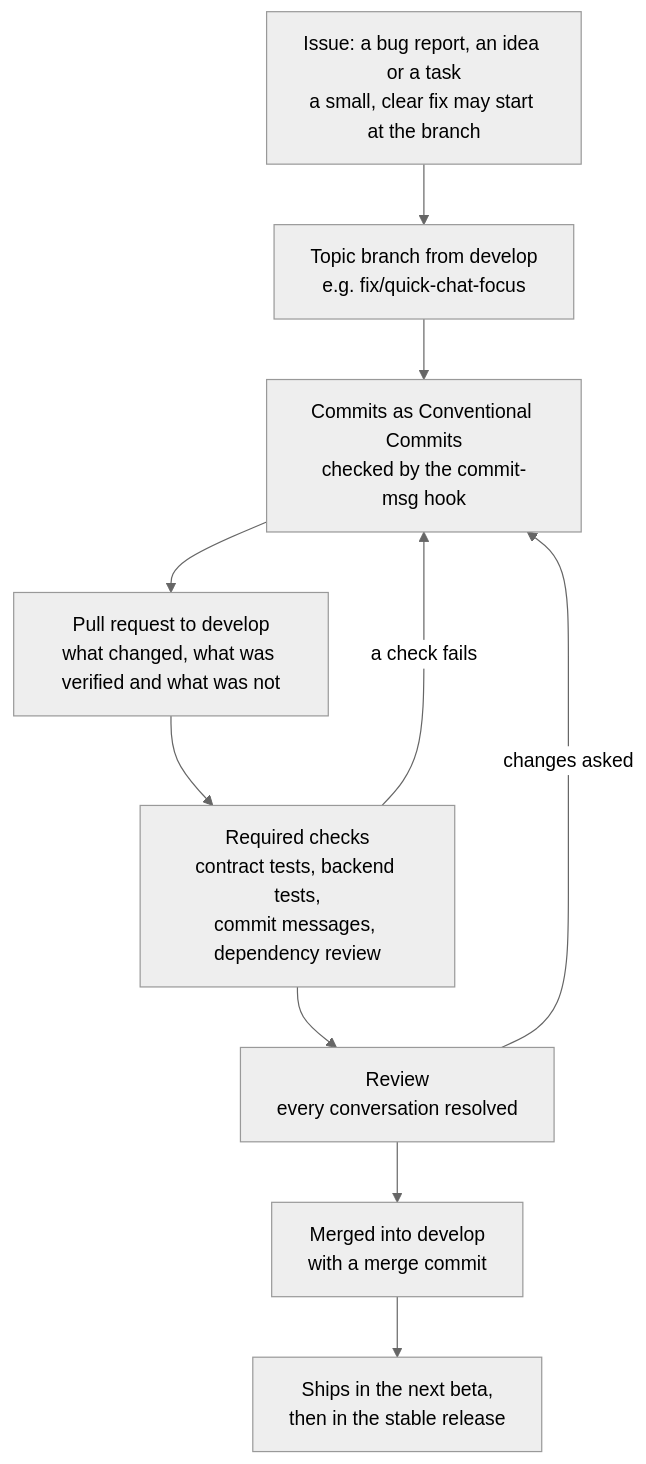
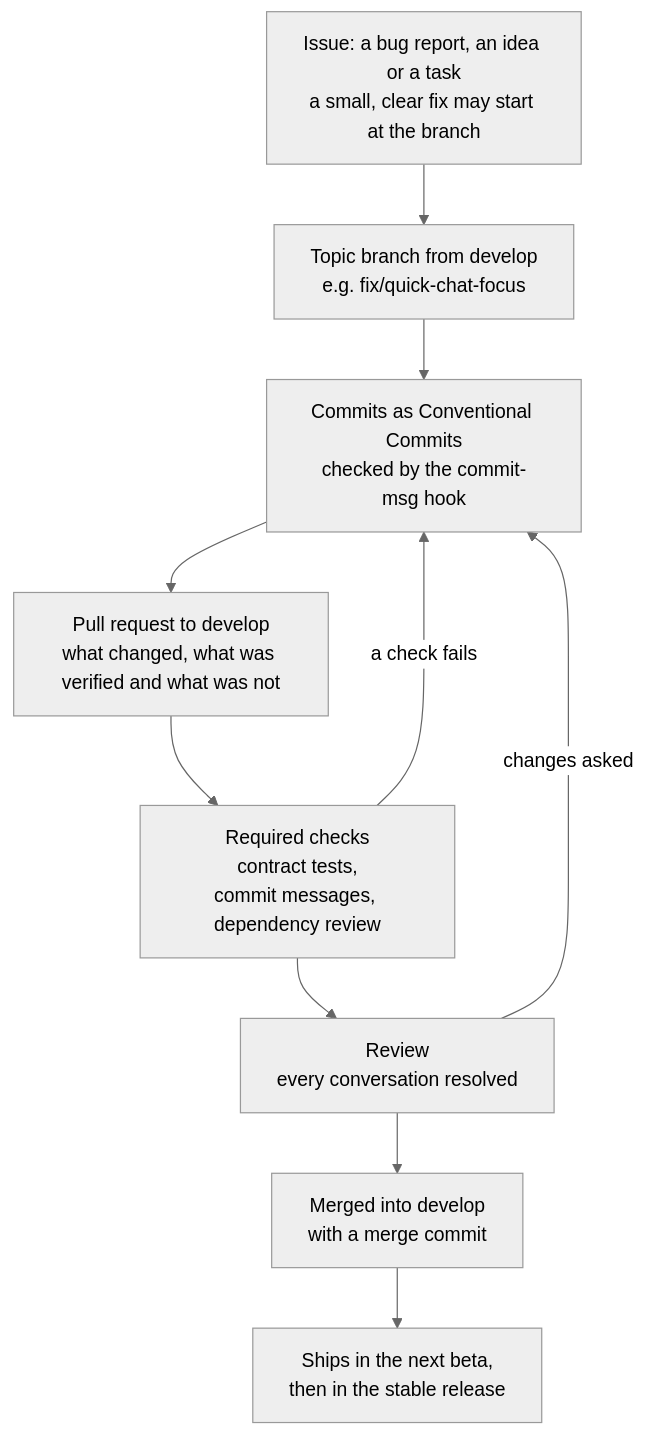
Before and after one commit to kein5/astarot: the diagram in CONTRIBUTING.md, drawn with Mermaid (neutral theme). The commit also changed other lines of this file and 39 other files, not shown here.

````diff
--- a/CONTRIBUTING.md
+++ b/CONTRIBUTING.md
@@ -22,12 +22,12 @@
 ```mermaid
 flowchart TD
     issue["Issue: a bug report, an idea or a task<br>a small, clear fix may start at the branch"] --> branch["Topic branch from develop<br>e.g. fix/quick-chat-focus"]
     branch --> commit["Commits as Conventional Commits<br>checked by the commit-msg hook"]
     commit --> pr["Pull request to develop<br>what changed, what was verified and what was not"]
-    pr --> checks["Required checks<br>contract tests, backend tests,<br>commit messages, dependency review"]
+    pr --> checks["Required checks<br>contract tests,<br>commit messages, dependency review"]
     checks --> review["Review<br>every conversation resolved"]
     review --> merge["Merged into develop<br>with a merge commit"]
     merge --> ship["Ships in the next beta,<br>then in the stable release"]
     checks -->|a check fails| commit
     review -->|changes asked| commit
 ```
````
